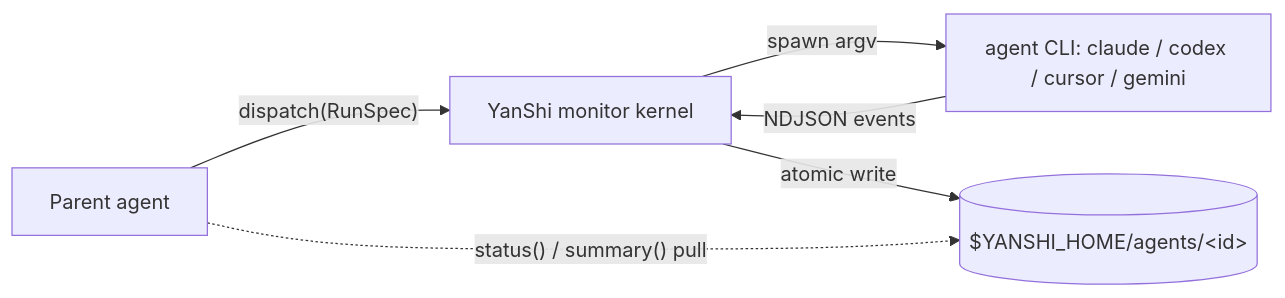
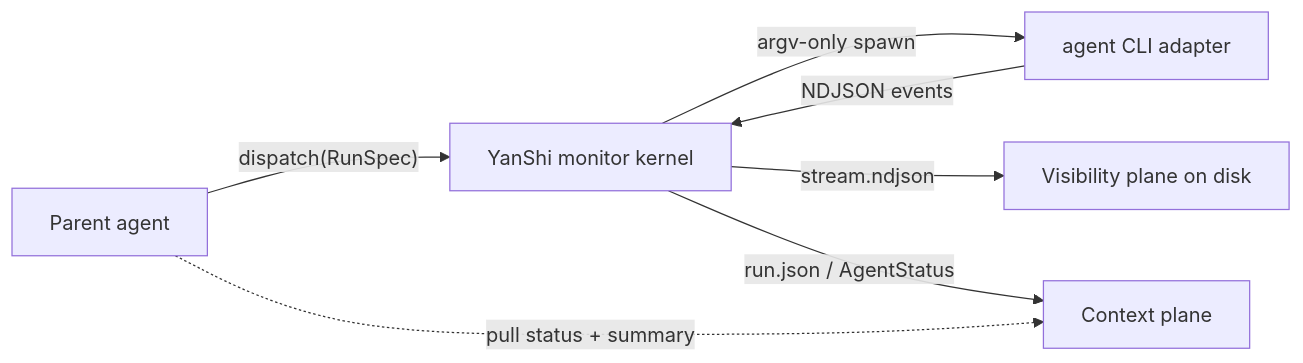
One commit to YoRHa-Agents/YanShi changed the diagram in docs/index.md. Above: the diagram before and after it, drawn with Mermaid. The commit also changed other lines of this file and 12 other files, not shown here.

````diff
--- a/docs/index.md
+++ b/docs/index.md
@@ -52,8 +63,9 @@
 ```mermaid
 flowchart LR
     parent["Parent agent"] -->|"dispatch(RunSpec)"| kernel["YanShi monitor kernel"]
-    kernel -->|"spawn argv"| cli["agent CLI: claude / codex / cursor / gemini"]
+    kernel -->|"argv-only spawn"| cli["agent CLI adapter"]
     cli -->|"NDJSON events"| kernel
-    kernel -->|"atomic write"| disk[("$YANSHI_HOME/agents/&lt;id&gt;")]
-    parent -.->|"status() / summary() pull"| disk
+    kernel -->|"stream.ndjson"| visibility["Visibility plane on disk"]
+    kernel -->|"run.json / AgentStatus"| context["Context plane"]
+    parent -.->|"pull status + summary"| context
 ```
````
